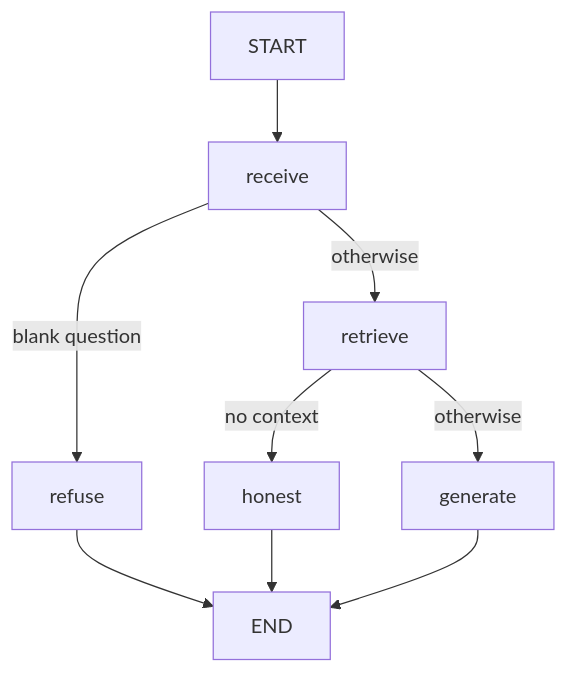
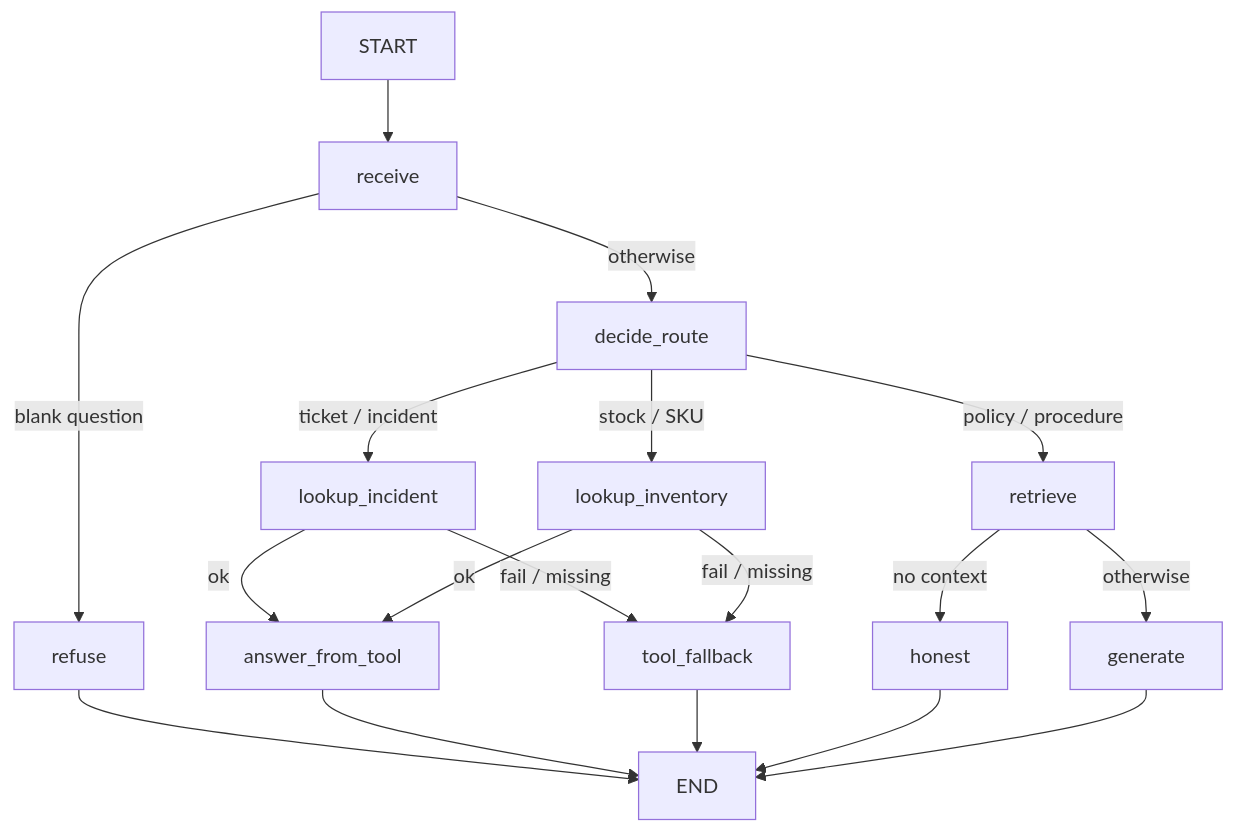
The diagram in docs/rag/agent-graph.md (4GeeksAcademy/ocielgallardo-company-choice), drawn with Mermaid before and after one commit. The commit also changed other lines of this file and 2 other files, not shown here.

````diff
--- a/docs/rag/agent-graph.md
+++ b/docs/rag/agent-graph.md
@@ -13,11 +15,20 @@
 ```mermaid
 flowchart TD
     START --> RECEIVE[receive]
     RECEIVE -->|blank question| REFUSE[refuse]
-    RECEIVE -->|otherwise| RETRIEVE[retrieve]
+    RECEIVE -->|otherwise| DECIDE[decide_route]
+    DECIDE -->|ticket / incident| INC[lookup_incident]
+    DECIDE -->|stock / SKU| INV[lookup_inventory]
+    DECIDE -->|policy / procedure| RETRIEVE[retrieve]
+    INC -->|ok| ANS[answer_from_tool]
+    INC -->|fail / missing| FALL[tool_fallback]
+    INV -->|ok| ANS
+    INV -->|fail / missing| FALL
     RETRIEVE -->|no context| HONEST[honest]
     RETRIEVE -->|otherwise| GENERATE[generate]
     REFUSE --> END
+    ANS --> END
+    FALL --> END
     HONEST --> END
     GENERATE --> END
 ```
````
